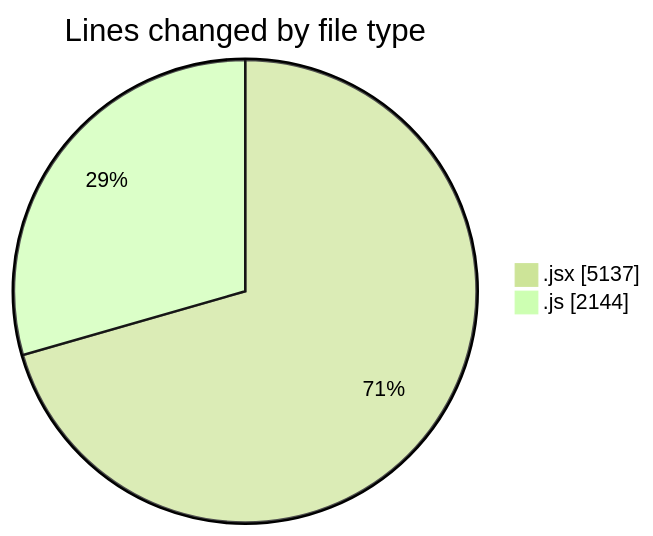
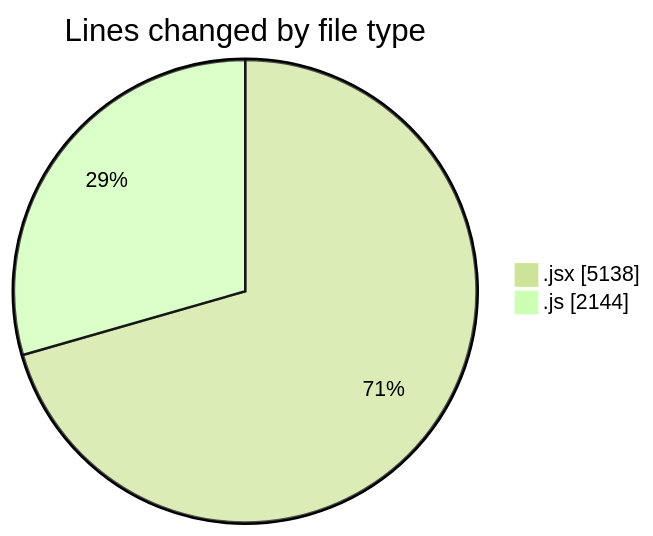
One commit to nxtqubesakshisongat/code-tracking changed the first of 2 diagrams in 2025-09-28/nxtqube_webapp/README.md. Above: the diagram before and after it, drawn with Mermaid (forest theme). The commit also changed other lines of this file and 1 other file, not shown here.

````diff
--- a/2025-09-28/nxtqube_webapp/README.md
+++ b/2025-09-28/nxtqube_webapp/README.md
@@ -23,6 +23,6 @@
 ```mermaid
 pie showData
 title Lines changed by file type
-".jsx" : 5137
+".jsx" : 5138
 ".js" : 2144
 ```
````
